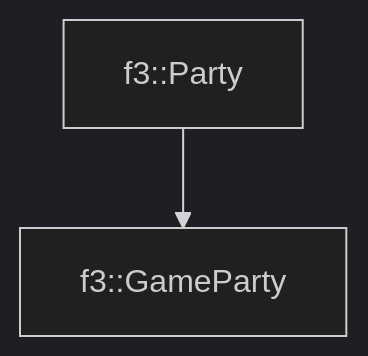
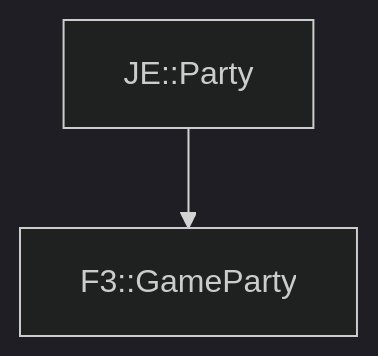
The diagram in docs/f3/GameParty.md (OpenJE/openvb), drawn with Mermaid (dark theme) before and after one commit. The commit also changed other lines of this file and 1399 other files, not shown here.

````diff
--- a/docs/f3/GameParty.md
+++ b/docs/f3/GameParty.md
@@ -16,4 +16,4 @@
 ```mermaid
 graph TD;
-    f3::Party --> f3::GameParty
+    JE::Party --> F3::GameParty
 ```
````
